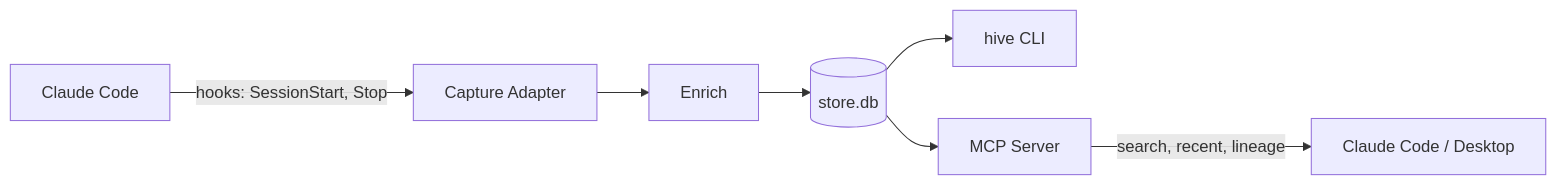
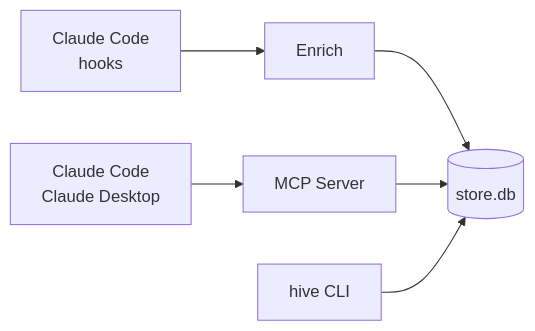
The second of 3 diagrams in docs/architecture/overview.md (sabre-ai/hive), drawn with Mermaid before and after one commit. The commit also changed other lines of this file and 1 other file, not shown here.

First line of the commit message:
Fix arrow directions in architecture diagrams (#29)

````diff
--- a/docs/architecture/overview.md
+++ b/docs/architecture/overview.md
@@ -42,9 +42,7 @@
 ```mermaid
 flowchart LR
-    CC[Claude Code] -->|hooks: SessionStart, Stop| CA[Capture Adapter]
-    CA --> E[Enrich]
-    E --> DB[(store.db)]
-    DB --> CLI[hive CLI]
-    DB --> MCP[MCP Server]
-    MCP -->|search, recent, lineage| Claude[Claude Code / Desktop]
+    CC[Claude Code<br/>hooks] --> E[Enrich] --> DB[(store.db)]
+    MCP[MCP Server] --> DB
+    Claude[Claude Code<br/>Claude Desktop] --> MCP
+    CLI[hive CLI] --> DB
 ```
````
